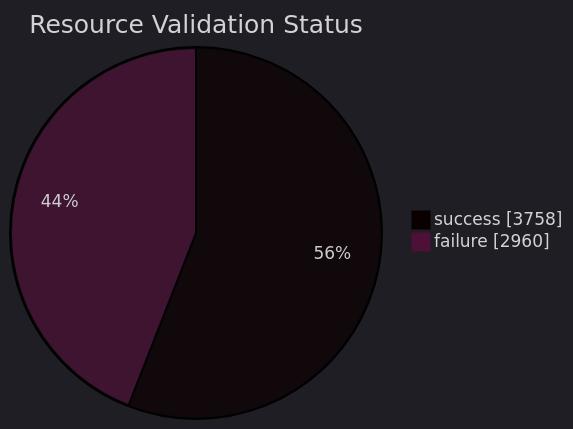
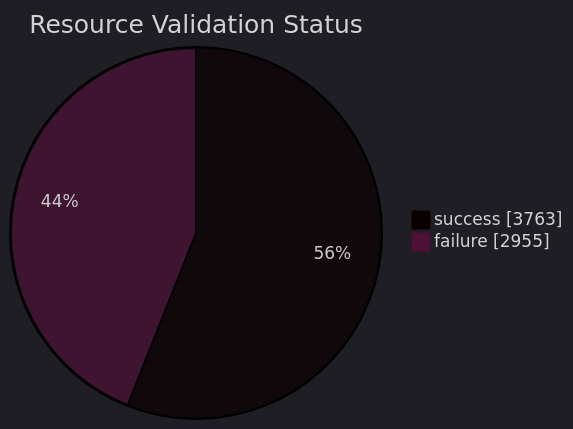
The diagram in datastore_tracker/resource_validation_status_pie_chart.md (open-data/analytics-corporate-reporting), drawn with Mermaid before and after one commit. The commit also changed 9 other files, not shown here.

````diff
--- a/datastore_tracker/resource_validation_status_pie_chart.md
+++ b/datastore_tracker/resource_validation_status_pie_chart.md
@@ -2,9 +2,9 @@
 ```mermaid
 ---
 config:
   theme: dark
 ---
 pie showData title Resource Validation Status
-    "success": 3758
-    "failure": 2960
+    "success": 3763
+    "failure": 2955
 ```
````
